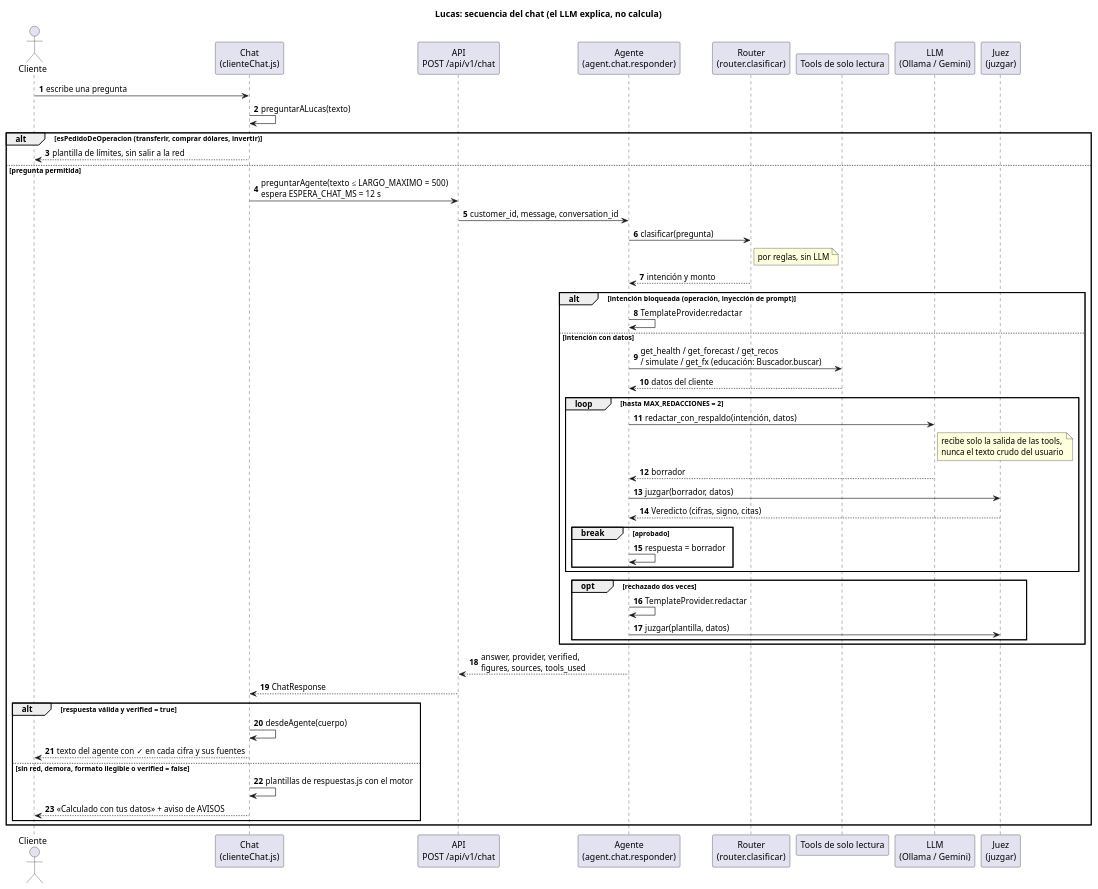
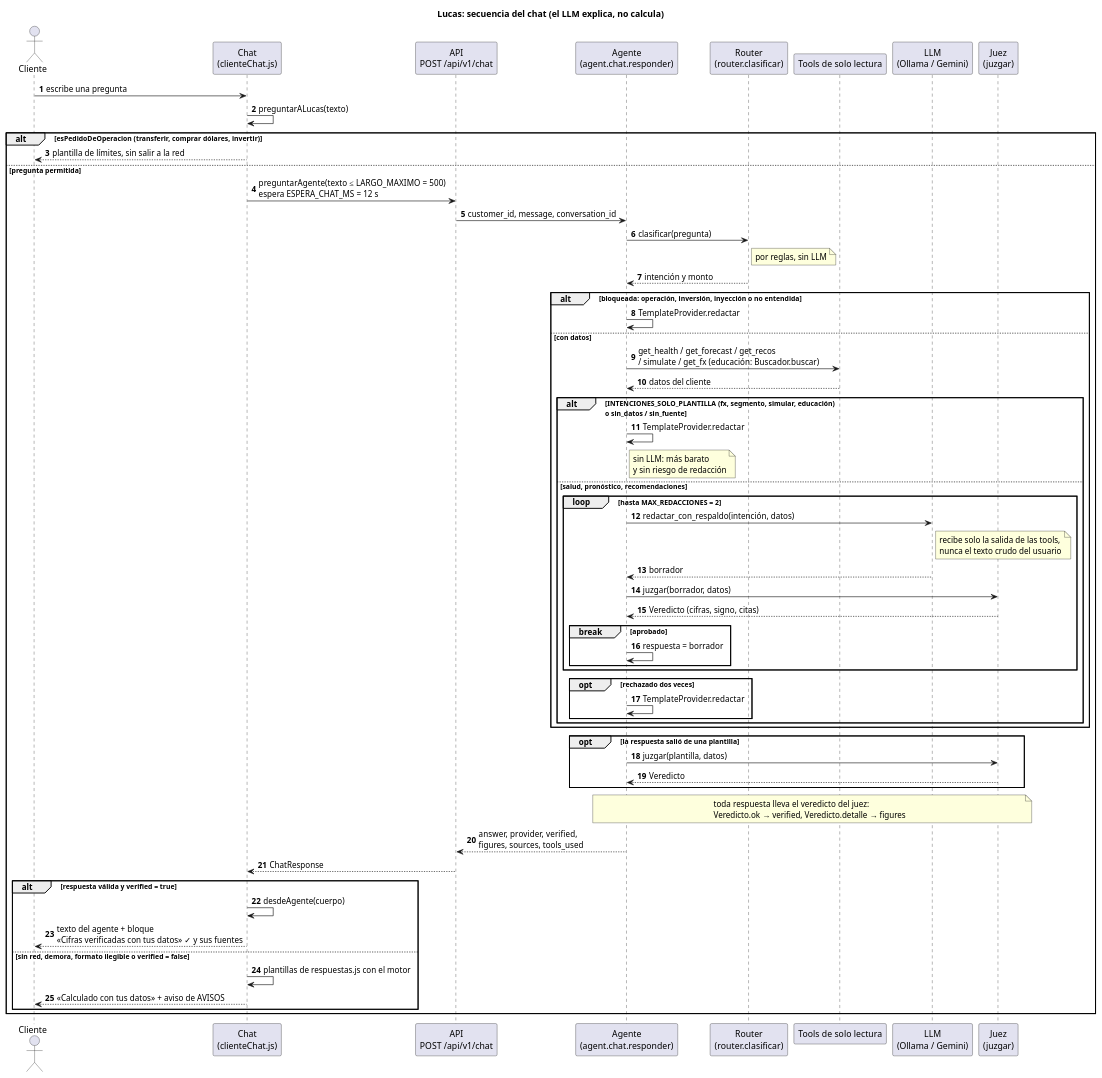
The diagram in docs/diagramas/secuencia-chat.puml (Nakusuo/Hackathon-BBVA-2026), drawn with PlantUML before and after one commit. The commit also changed 7 other files, not shown here.

Commit message:
docs(arq): diagramas UML fieles al grafo del agente, SVG exportados y veredicto

```diff
--- a/docs/diagramas/secuencia-chat.puml
+++ b/docs/diagramas/secuencia-chat.puml
@@ -2,63 +2,72 @@
 @startuml secuencia-chat
 !pragma layout smetana
 autonumber
 
 title Lucas: secuencia del chat (el LLM explica, no calcula)
 
 actor Cliente
 participant "Chat\n(clienteChat.js)" as Front
 participant "API\nPOST /api/v1/chat" as API
 participant "Agente\n(agent.chat.responder)" as Agente
 participant "Router\n(router.clasificar)" as Router
 participant "Tools de solo lectura" as Tools
 participant "LLM\n(Ollama / Gemini)" as LLM
 participant "Juez\n(juzgar)" as Juez
 
 Cliente -> Front : escribe una pregunta
 Front -> Front : preguntarALucas(texto)
 
 alt esPedidoDeOperacion (transferir, comprar dólares, invertir)
   Front --> Cliente : plantilla de límites, sin salir a la red
 else pregunta permitida
   Front -> API : preguntarAgente(texto ≤ LARGO_MAXIMO = 500)\nespera ESPERA_CHAT_MS = 12 s
   API -> Agente : customer_id, message, conversation_id
   Agente -> Router : clasificar(pregunta)
   note right of Router : por reglas, sin LLM
   Router --> Agente : intención y monto
 
-  alt intención bloqueada (operación, inyección de prompt)
+  alt bloqueada: operación, inversión, inyección o no entendida
     Agente -> Agente : TemplateProvider.redactar
-  else intención con datos
+  else con datos
     Agente -> Tools : get_health / get_forecast / get_recos\n/ simulate / get_fx (educación: Buscador.buscar)
     Tools --> Agente : datos del cliente
 
-    loop hasta MAX_REDACCIONES = 2
-      Agente -> LLM : redactar_con_respaldo(intención, datos)
-      note right of LLM : recibe solo la salida de las tools,\nnunca el texto crudo del usuario
-      LLM --> Agente : borrador
-      Agente -> Juez : juzgar(borrador, datos)
-      Juez --> Agente : Veredicto (cifras, signo, citas)
-      break aprobado
-        Agente -> Agente : respuesta = borrador
+    alt INTENCIONES_SOLO_PLANTILLA (fx, segmento, simular, educación)\no sin_datos / sin_fuente
+      Agente -> Agente : TemplateProvider.redactar
+      note right of Agente : sin LLM: más barato\ny sin riesgo de redacción
+    else salud, pronóstico, recomendaciones
+      loop hasta MAX_REDACCIONES = 2
+        Agente -> LLM : redactar_con_respaldo(intención, datos)
+        note right of LLM : recibe solo la salida de las tools,\nnunca el texto crudo del usuario
+        LLM --> Agente : borrador
+        Agente -> Juez : juzgar(borrador, datos)
+        Juez --> Agente : Veredicto (cifras, signo, citas)
+        break aprobado
+          Agente -> Agente : respuesta = borrador
+        end
+      end
+      opt rechazado dos veces
+        Agente -> Agente : TemplateProvider.redactar
       end
     end
+  end
 
-    opt rechazado dos veces
-      Agente -> Agente : TemplateProvider.redactar
-      Agente -> Juez : juzgar(plantilla, datos)
-    end
+  opt la respuesta salió de una plantilla
+    Agente -> Juez : juzgar(plantilla, datos)
+    Juez --> Agente : Veredicto
   end
+  note over Agente, Juez : toda respuesta lleva el veredicto del juez:\nVeredicto.ok → verified, Veredicto.detalle → figures
 
   Agente --> API : answer, provider, verified,\nfigures, sources, tools_used
   API --> Front : ChatResponse
 
   alt respuesta válida y verified = true
     Front -> Front : desdeAgente(cuerpo)
-    Front --> Cliente : texto del agente con ✓ en cada cifra y sus fuentes
+    Front --> Cliente : texto del agente + bloque\n«Cifras verificadas con tus datos» ✓ y sus fuentes
   else sin red, demora, formato ilegible o verified = false
     Front -> Front : plantillas de respuestas.js con el motor
     Front --> Cliente : «Calculado con tus datos» + aviso de AVISOS
   end
 end
 
 @enduml
```
